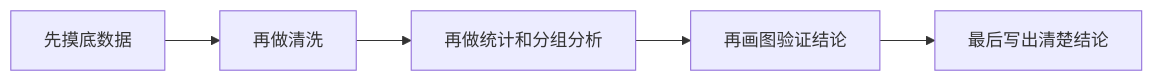
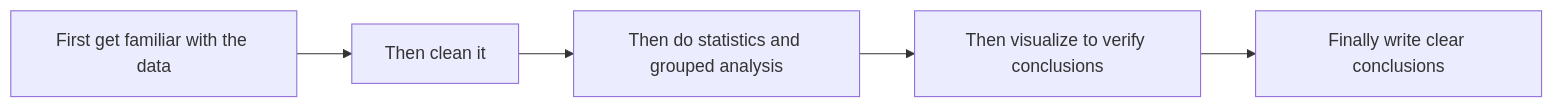
The first of 3 diagrams in docs/ch03-data-analysis/ch06-projects/01-eda-project.md (oudbiao/AI-fullstack-course), drawn with Mermaid before and after one commit. The commit also changed other lines of this file and 1406 other files, not shown here.

````diff
--- a/docs/ch03-data-analysis/ch06-projects/01-eda-project.md
+++ b/docs/ch03-data-analysis/ch06-projects/01-eda-project.md
@@ -20,7 +20,7 @@
 ```mermaid
 flowchart LR
-    A["先摸底数据"] --> B["再做清洗"]
-    B --> C["再做统计和分组分析"]
-    C --> D["再画图验证结论"]
-    D --> E["最后写出清楚结论"]
+    A["First get familiar with the data"] --> B["Then clean it"]
+    B --> C["Then do statistics and grouped analysis"]
+    C --> D["Then visualize to verify conclusions"]
+    D --> E["Finally write clear conclusions"]
 ```
````
